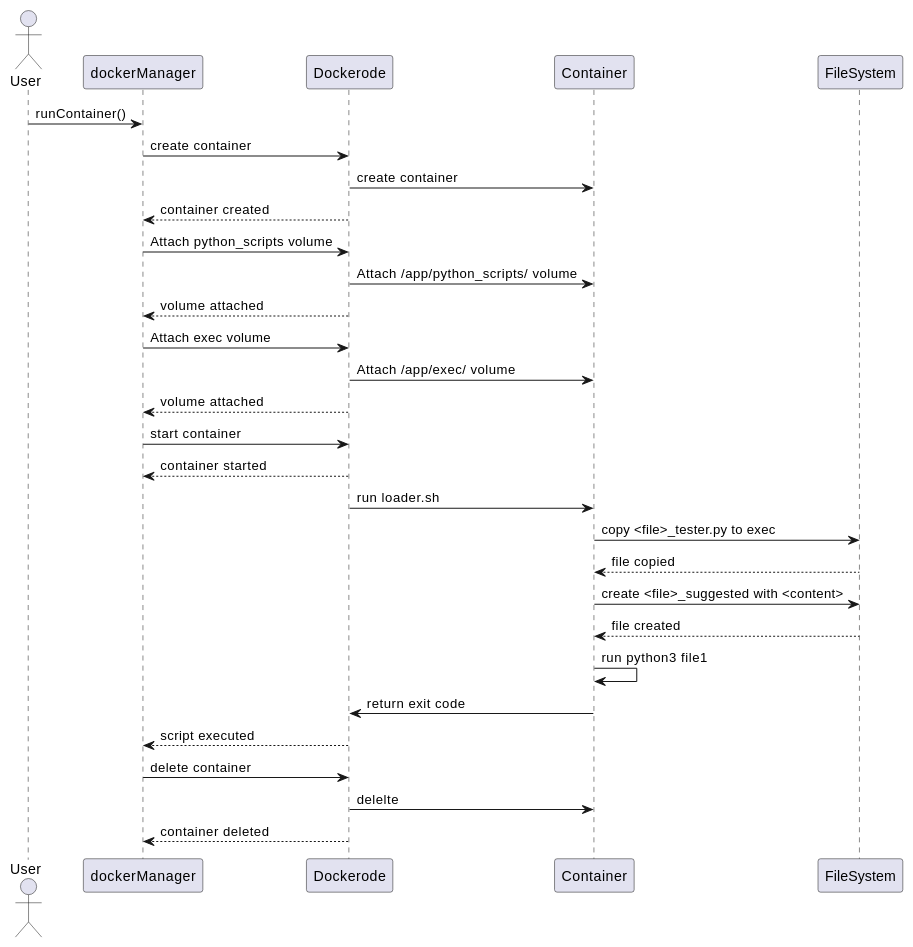
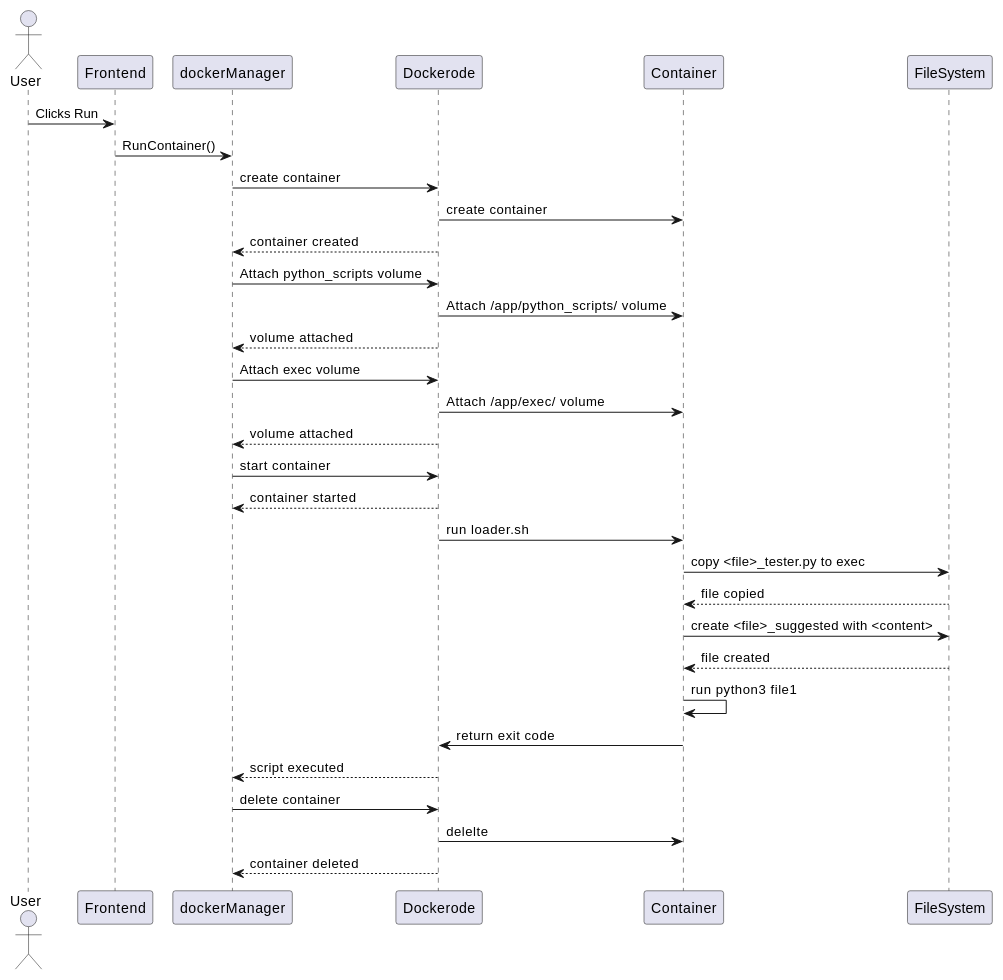
Before and after one commit to youssef-elaasri/RPGGame: the third of 5 diagrams in README.md, drawn with PlantUML. The commit also changed other lines of this file, not shown here.

````diff
--- a/README.md
+++ b/README.md
@@ -139,47 +139,51 @@
 ```plantuml
 
 @startuml
 actor User
+participant Frontend
 participant dockerManager
 participant Dockerode
 participant Container
 participant FileSystem
 
-User -> dockerManager: runContainer()
+
+User -> Frontend: Clicks Run
+Frontend -> dockerManager: RunContainer()
+
 dockerManager -> Dockerode: create container
 Dockerode -> Container: create container
 Dockerode --> dockerManager: container created
 
 dockerManager -> Dockerode: Attach python_scripts volume
 Dockerode -> Container: Attach /app/python_scripts/ volume
 Dockerode --> dockerManager: volume attached
 
 dockerManager -> Dockerode: Attach exec volume
 Dockerode -> Container: Attach /app/exec/ volume
 Dockerode --> dockerManager: volume attached
 
 
 
 dockerManager -> Dockerode: start container
 Dockerode --> dockerManager: container started
 
 Dockerode -> Container: run loader.sh
 
 Container -> FileSystem: copy <file>_tester.py to exec
 FileSystem --> Container: file copied
 
 Container -> FileSystem: create <file>_suggested with <content>
 FileSystem --> Container: file created
 
 Container -> Container: run python3 file1
 Container -> Dockerode: return exit code
 
 Dockerode --> dockerManager: script executed
 dockerManager -> Dockerode: delete container
 Dockerode -> Container: delelte
 
 Dockerode --> dockerManager: container deleted
 
 @enduml
 
 ```
````
